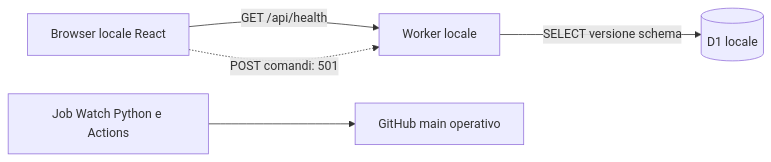
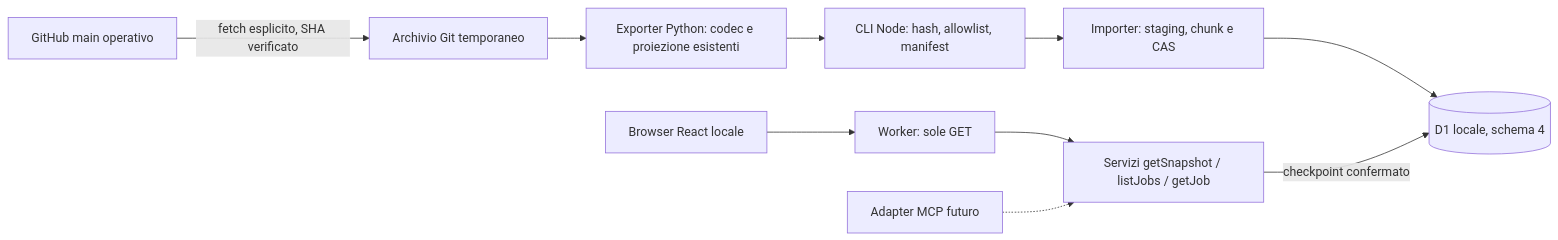
One commit to giacodmr/job-watch-milano changed the first of 2 diagrams in apps/web/docs/ARCHITECTURE.md. Above: the diagram before and after it, drawn with Mermaid. The commit also changed other lines of this file and 28 other files, not shown here.

````diff
--- a/apps/web/docs/ARCHITECTURE.md
+++ b/apps/web/docs/ARCHITECTURE.md
@@ -7,7 +7,12 @@
 ```mermaid
 flowchart LR
-  B[Browser locale React] -->|GET /api/health| W[Worker locale]
-  W -->|SELECT versione schema| L[(D1 locale)]
-  B -.->|POST comandi: 501| W
-  G[Job Watch Python e Actions] --> R[GitHub main operativo]
+  G[GitHub main operativo] -->|fetch esplicito, SHA verificato| C[Archivio Git temporaneo]
+  C --> P[Exporter Python: codec e proiezione esistenti]
+  P --> N[CLI Node: hash, allowlist, manifest]
+  N --> I[Importer: staging, chunk e CAS]
+  I --> D[(D1 locale, schema 4)]
+  B[Browser React locale] --> W[Worker: sole GET]
+  W --> Q[Servizi getSnapshot / listJobs / getJob]
+  Q -->|checkpoint confermato| D
+  M[Adapter MCP futuro] -.-> Q
 ```
````
